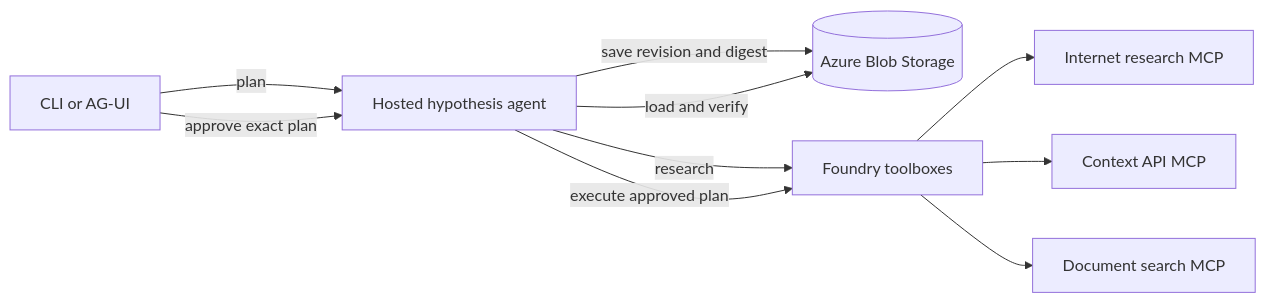
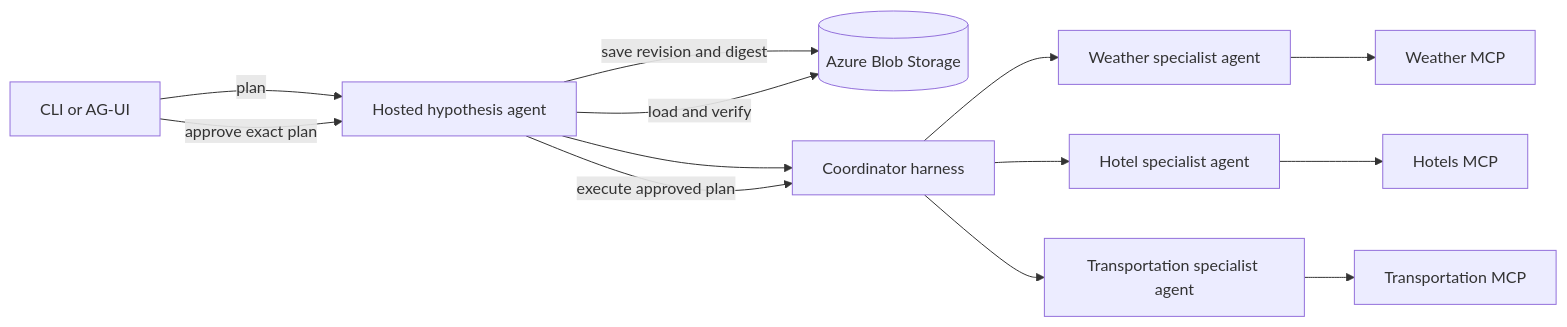
One commit to denniszielke/long-running-agentic-reasoning changed the diagram in README.md. Above: the diagram before and after it, drawn with Mermaid. The commit also changed other lines of this file and 34 other files, not shown here.

````diff
--- a/README.md
+++ b/README.md
@@ -22,12 +22,15 @@
 ```mermaid
 flowchart LR
     U[CLI or AG-UI] -->|plan| A[Hosted hypothesis agent]
     A -->|save revision and digest| S[(Azure Blob Storage)]
-    A -->|research| T[Foundry toolboxes]
-    T --> I[Internet research MCP]
-    T --> C[Context API MCP]
-    T --> D[Document search MCP]
+  A --> H[Coordinator harness]
+  H --> W[Weather specialist agent]
+  H --> O[Hotel specialist agent]
+  H --> R[Transportation specialist agent]
+  W --> I[Weather MCP]
+  O --> C[Hotels MCP]
+  R --> D[Transportation MCP]
     U -->|approve exact plan| A
     A -->|load and verify| S
-    A -->|execute approved plan| T
+  A -->|execute approved plan| H
 ```
````
